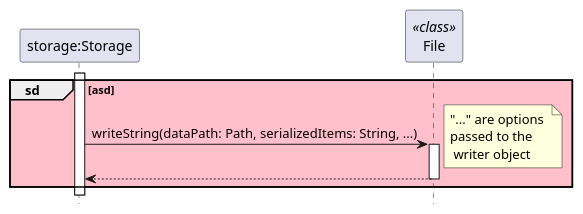
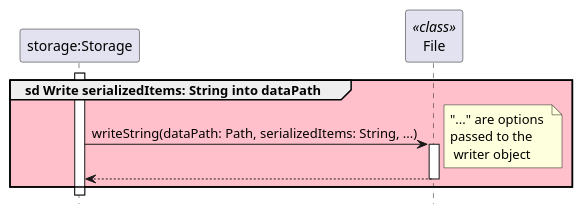
The diagram in docs/diagrams/StorageFileWriteSequenceDiagram.puml (nus-cs2113-AY2122S2/tp), drawn with PlantUML before and after one commit. The commit also changed 9 other files, not shown here.

```diff
--- a/docs/diagrams/StorageFileWriteSequenceDiagram.puml
+++ b/docs/diagrams/StorageFileWriteSequenceDiagram.puml
@@ -1,17 +1,17 @@
 @startuml
 
 hide footbox
 
 skinparam PackageBackgroundColor pink
 
 participant "storage:Storage" as Storage
 participant "File" as Files <<class>>
 
-group sd [asd]
+group sd Write serializedItems: String into dataPath
 activate Storage
     Storage -> Files: writeString(dataPath: Path, serializedItems: String, ...)
     note right: "..." are options \npassed to the\n writer object
     activate Files
     return
 end
 @enduml
```
